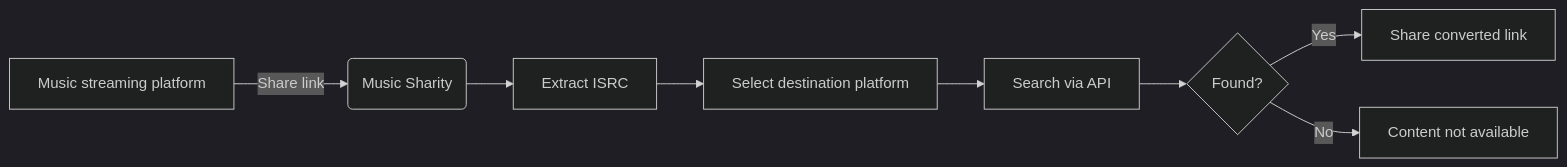
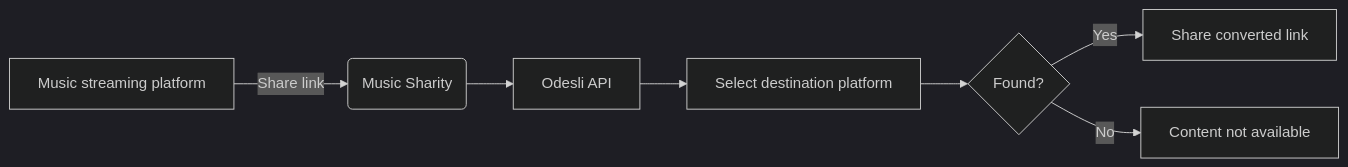
Before and after one commit to ByteRoast/website: the diagram in blog/2025-12-20-music-sharity/index.md, drawn with Mermaid (dark theme). The commit also changed other lines of this file, not shown here.

Commit message:
fix(docs): adapted blog post to previous app fix

````diff
--- a/blog/2025-12-20-music-sharity/index.md
+++ b/blog/2025-12-20-music-sharity/index.md
@@ -71,10 +72,9 @@
 ```mermaid
 flowchart LR
     PLATFORM[Music streaming platform] -->|Share link| APP(Music Sharity)
-    APP --> EXTRACT[Extract ISRC]
-    EXTRACT --> MENU[Select destination platform]
-    MENU --> SEARCH[Search via API]
-    SEARCH --> FOUND{Found?}
+    APP --> API[Odesli API]
+    API --> MENU[Select destination platform]
+    MENU --> FOUND{Found?}
     FOUND -->|Yes| DIALOG[Share converted link]
     FOUND -->|No| ERR[Content not available]
 ```
````
